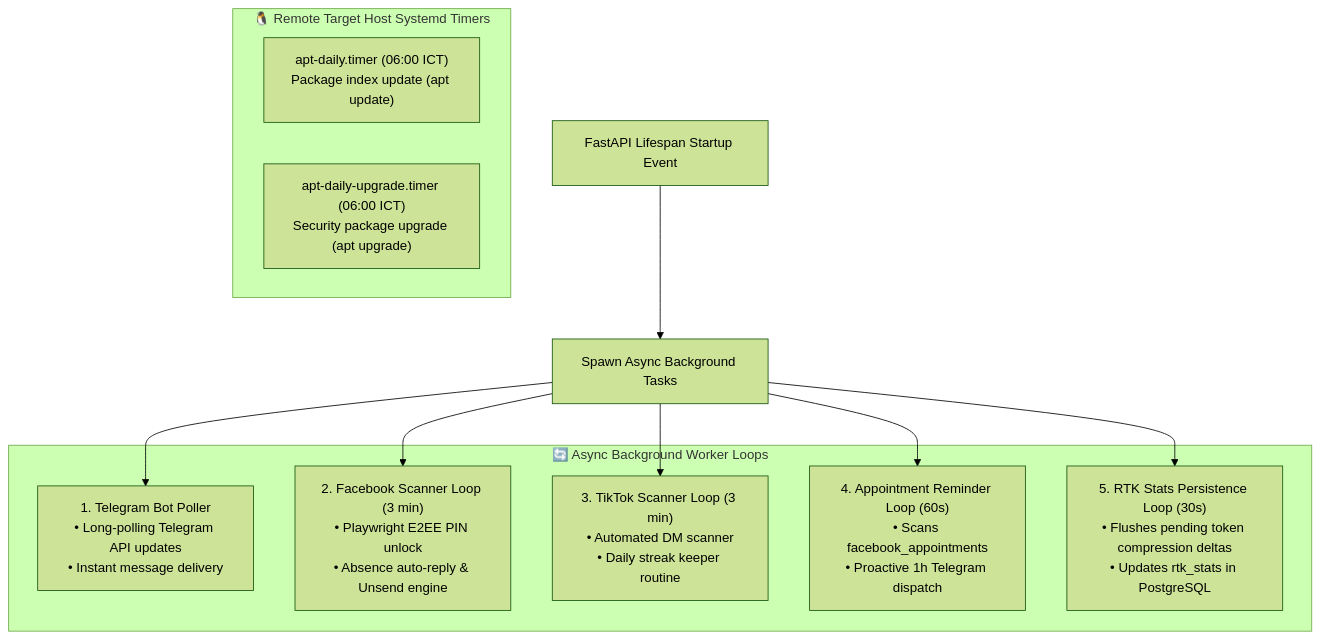
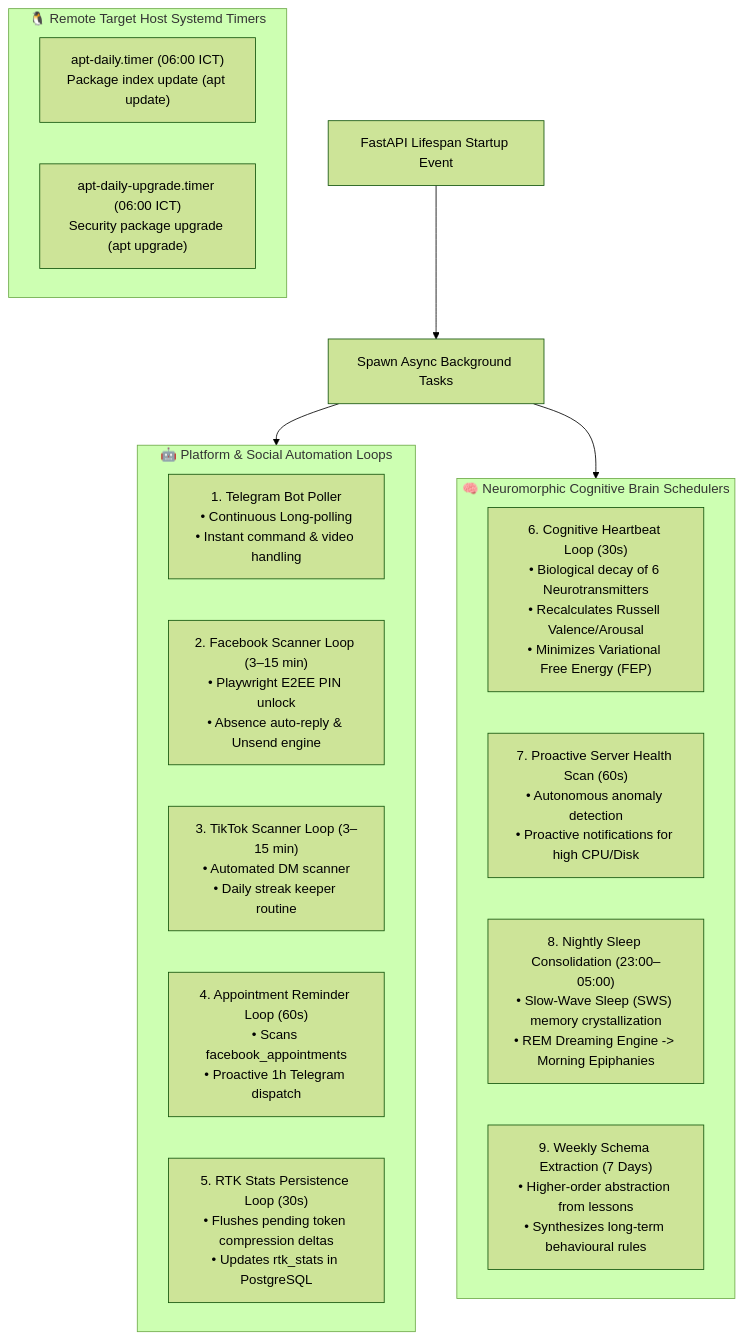
Before and after one commit to tranvanmanh9325/quan_ly_server: the first of 2 diagrams in docs/system-automation.md, drawn with Mermaid (forest theme). The commit also changed other lines of this file and 10 other files, not shown here.

Commit message:
docs: comprehensive overhaul for Neuromorphic Brain Core, Multimodal Video Pipeline, and System Automation

````diff
--- a/docs/system-automation.md
+++ b/docs/system-automation.md
@@ -9,23 +9,27 @@
 ```mermaid
 flowchart TD
     FastAPILifespan["FastAPI Lifespan Startup Event"] --> SpawnSchedulers["Spawn Async Background Tasks"]
 
-    subgraph AsyncBackgroundWorkers["🔄 Async Background Worker Loops"]
-        Loop1["1. Telegram Bot Poller\n• Long-polling Telegram API updates\n• Instant message delivery"]
-        Loop2["2. Facebook Scanner Loop (3 min)\n• Playwright E2EE PIN unlock\n• Absence auto-reply & Unsend engine"]
-        Loop3["3. TikTok Scanner Loop (3 min)\n• Automated DM scanner\n• Daily streak keeper routine"]
+    subgraph PlatformAutomation["🤖 Platform & Social Automation Loops"]
+        Loop1["1. Telegram Bot Poller\n• Continuous Long-polling\n• Instant command & video handling"]
+        Loop2["2. Facebook Scanner Loop (3–15 min)\n• Playwright E2EE PIN unlock\n• Absence auto-reply & Unsend engine"]
+        Loop3["3. TikTok Scanner Loop (3–15 min)\n• Automated DM scanner\n• Daily streak keeper routine"]
         Loop4["4. Appointment Reminder Loop (60s)\n• Scans facebook_appointments\n• Proactive 1h Telegram dispatch"]
         Loop5["5. RTK Stats Persistence Loop (30s)\n• Flushes pending token compression deltas\n• Updates rtk_stats in PostgreSQL"]
     end
 
-    SpawnSchedulers --> Loop1
-    SpawnSchedulers --> Loop2
-    SpawnSchedulers --> Loop3
-    SpawnSchedulers --> Loop4
-    SpawnSchedulers --> Loop5
+    subgraph NeuromorphicLoops["🧠 Neuromorphic Cognitive Brain Schedulers"]
+        Loop6["6. Cognitive Heartbeat Loop (30s)\n• Biological decay of 6 Neurotransmitters\n• Recalculates Russell Valence/Arousal\n• Minimizes Variational Free Energy (FEP)"]
+        Loop7["7. Proactive Server Health Scan (60s)\n• Autonomous anomaly detection\n• Proactive notifications for high CPU/Disk"]
+        Loop8["8. Nightly Sleep Consolidation (23:00–05:00)\n• Slow-Wave Sleep (SWS) memory crystallization\n• REM Dreaming Engine -> Morning Epiphanies"]
+        Loop9["9. Weekly Schema Extraction (7 Days)\n• Higher-order abstraction from lessons\n• Synthesizes long-term behavioural rules"]
+    end
+
+    SpawnSchedulers --> PlatformAutomation
+    SpawnSchedulers --> NeuromorphicLoops
 
     subgraph TargetHostTimers["🐧 Remote Target Host Systemd Timers"]
         T1["apt-daily.timer (06:00 ICT)\nPackage index update (apt update)"]
         T2["apt-daily-upgrade.timer (06:00 ICT)\nSecurity package upgrade (apt upgrade)"]
     end
 ```
````
